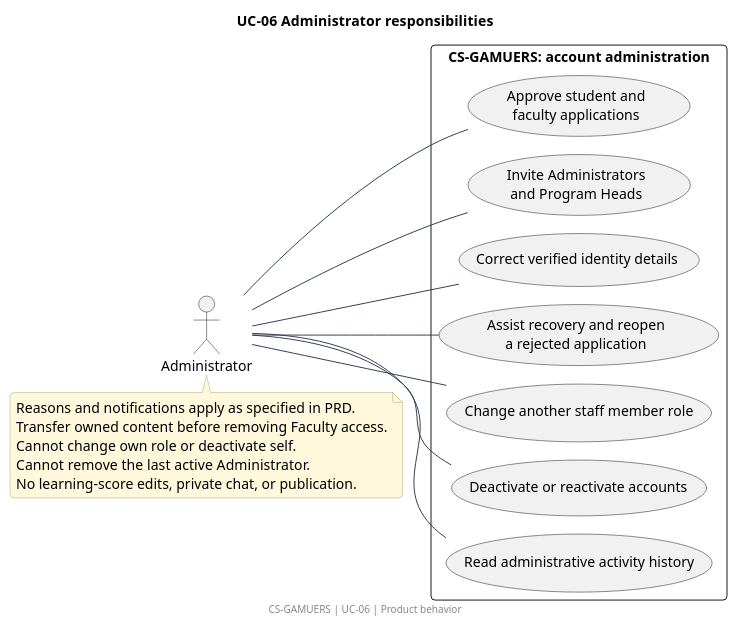
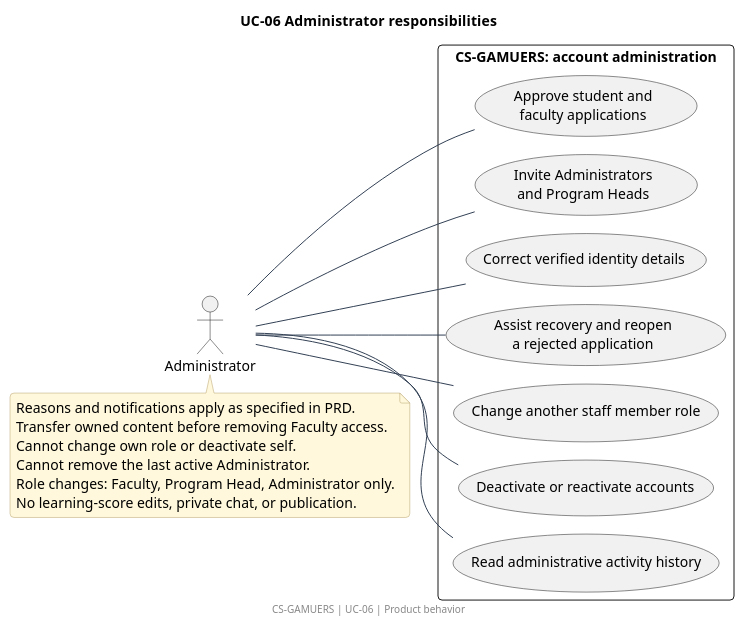
One commit to noelorph/cs-gamuers changed the diagram in docs/diagrams/use-cases/uc-06.puml. Above: the diagram before and after it, drawn with PlantUML. The commit also changed 26 other files, not shown here.

Commit message:
docs: define approved architecture and align project documentation

```diff
--- a/docs/diagrams/use-cases/uc-06.puml
+++ b/docs/diagrams/use-cases/uc-06.puml
@@ -1,42 +1,43 @@
 @startuml
 !pragma layout smetana
 skinparam backgroundColor white
 skinparam shadowing false
 skinparam defaultFontName SansSerif
 skinparam defaultFontSize 14
 skinparam ArrowColor #334155
 skinparam BorderColor #334155
 skinparam NoteBackgroundColor #FFF8DC
 skinparam NoteBorderColor #B6A16C
 skinparam roundcorner 8
 skinparam sequenceMessageAlign center
 skinparam maxMessageSize 300
 title UC-06  Administrator responsibilities
 ' Requirements: PERM-01 PERM-02 PERM-03 PERM-04 PERM-05 ACC-04 ACC-06 ACC-07 ACC-08 ACC-09 ACC-10 ACC-11 ACC-12 ACC-13 ACC-14 ACC-15 ACC-16 ACC-17 ACC-18 ACC-19 ACC-20 REPORT-03 NOTICE-01 NOTICE-02 DATA-01 P-01 P-08
 left to right direction
 actor "Administrator" as A
 rectangle "CS-GAMUERS: account administration" {
   usecase "Approve student and\nfaculty applications" as U0
   usecase "Invite Administrators\nand Program Heads" as U1
   usecase "Correct verified identity details" as U2
   usecase "Assist recovery and reopen\na rejected application" as U3
   usecase "Change another staff member role" as U4
   usecase "Deactivate or reactivate accounts" as U5
   usecase "Read administrative activity history" as U6
 }
 A -- U0
 A -- U1
 A -- U2
 A -- U3
 A -- U4
 A -- U5
 A -- U6
 note bottom of A
 Reasons and notifications apply as specified in PRD.
 Transfer owned content before removing Faculty access.
 Cannot change own role or deactivate self.
 Cannot remove the last active Administrator.
+Role changes: Faculty, Program Head, Administrator only.
 No learning-score edits, private chat, or publication.
 end note
 footer CS-GAMUERS | UC-06 | Product behavior
 @enduml
```
